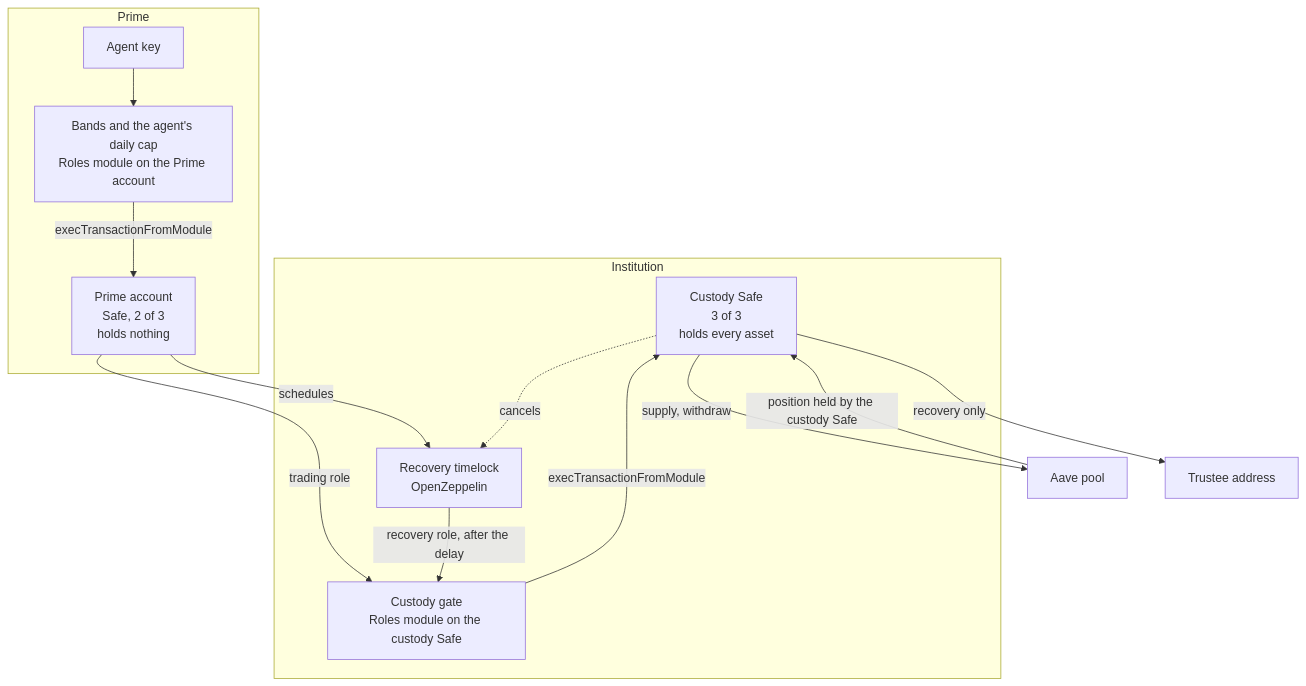
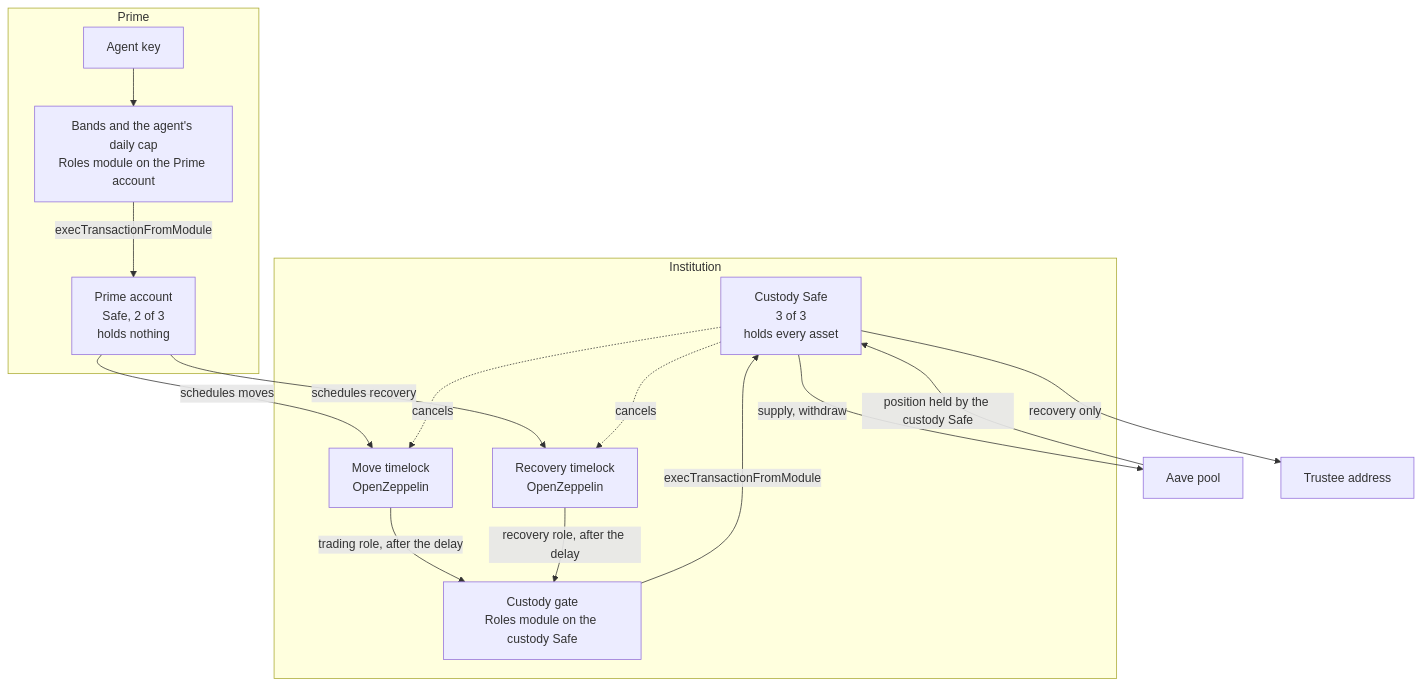
Before and after one commit to untangledfinance/oz-policy-builder: the first of 2 diagrams in docs/evm.md, drawn with Mermaid. The commit also changed other lines of this file and 7 other files, not shown here.

First line of the commit message:
docs(evm): the move timelock is the design; reference line record

````diff
--- a/docs/evm.md
+++ b/docs/evm.md
@@ -50,26 +60,29 @@
 ```mermaid
 flowchart TB
     subgraph INST["Institution"]
         CS["Custody Safe<br/>3 of 3<br/>holds every asset"]
         GATE["Custody gate<br/>Roles module on the custody Safe"]
+        MTL["Move timelock<br/>OpenZeppelin"]
         TL["Recovery timelock<br/>OpenZeppelin"]
     end
     subgraph PRIMESIDE["Prime"]
         PRIME["Prime account<br/>Safe, 2 of 3<br/>holds nothing"]
         BANDS["Bands and the agent's daily cap<br/>Roles module on the Prime account"]
         AGENT["Agent key"]
     end
     VENUE["Aave pool"]
     TRUSTEE["Trustee address"]
 
     AGENT --> BANDS
     BANDS -->|"execTransactionFromModule"| PRIME
-    PRIME -->|"trading role"| GATE
-    PRIME -->|"schedules"| TL
+    PRIME -->|"schedules moves"| MTL
+    MTL -->|"trading role, after the delay"| GATE
+    PRIME -->|"schedules recovery"| TL
+    CS -.->|"cancels"| MTL
     CS -.->|"cancels"| TL
     TL -->|"recovery role, after the delay"| GATE
     GATE -->|"execTransactionFromModule"| CS
     CS -->|"supply, withdraw"| VENUE
     VENUE -->|"position held by the custody Safe"| CS
     CS -->|"recovery only"| TRUSTEE
 ```
````
